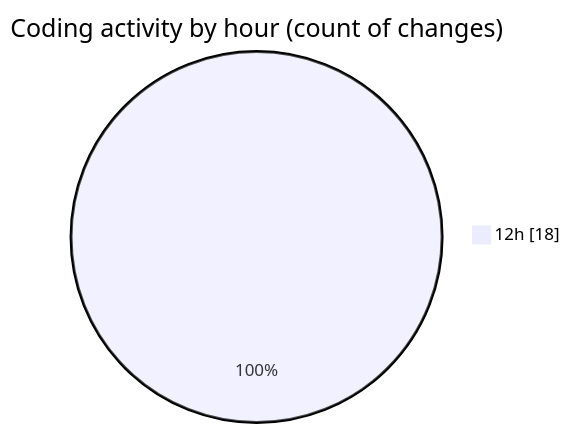
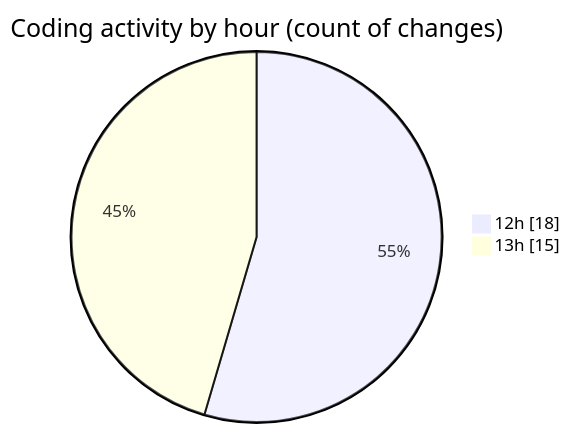
One commit to Netris89/code-tracking changed the second of 2 diagrams in 2025-05-04/date/README.md. Above: the diagram before and after it, drawn with Mermaid. The commit also changed other lines of this file and 1 other file, not shown here.

````diff
--- a/2025-05-04/date/README.md
+++ b/2025-05-04/date/README.md
@@ -34,5 +36,6 @@
 ```mermaid
 pie showData
 title Coding activity by hour (count of changes)
 "12h" : 18
+"13h" : 15
 ```
````
